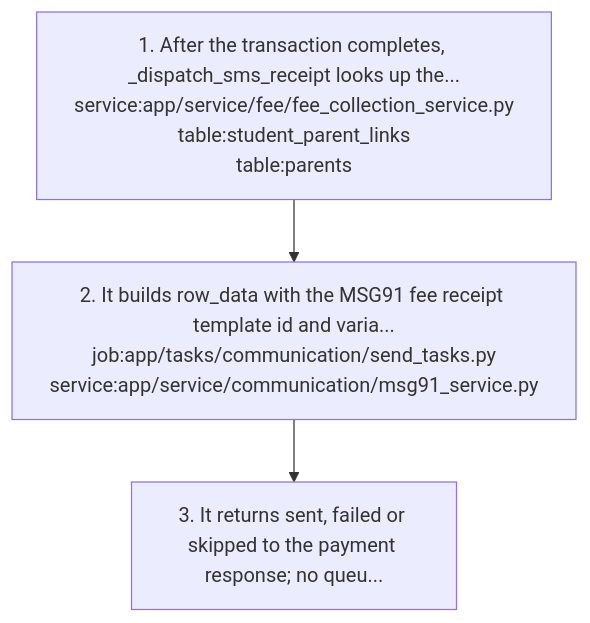
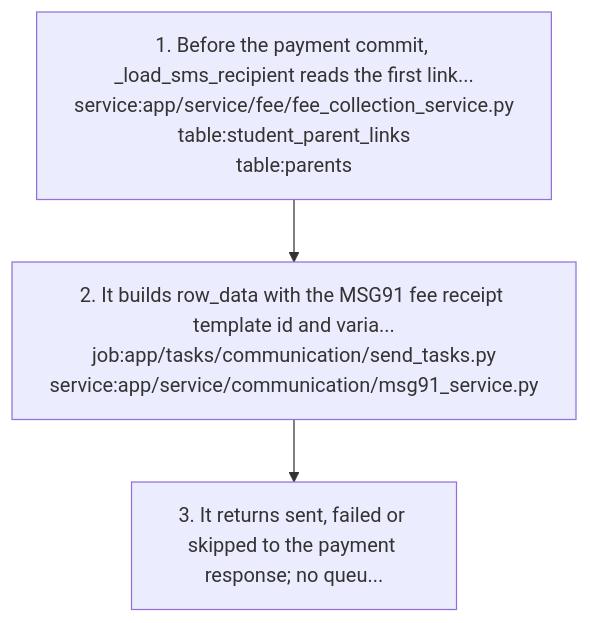
The third of 8 diagrams in docs/graph/views/communication.md (nerellasraj21/cos360_full_app), drawn with Mermaid before and after one commit. The commit also changed other lines of this file and 11 other files, not shown here.

First line of the commit message:
Fix payment SMS, concession/old-fee delete 500s and concession re-add

````diff
--- a/docs/graph/views/communication.md
+++ b/docs/graph/views/communication.md
@@ -247,8 +247,8 @@
 ```mermaid
 flowchart TD
-  s1["1. After the transaction completes, _dispatch_sms_receipt looks up the...<br/>service:app/service/fee/fee_collection_service.py<br/>table:student_parent_links<br/>table:parents"]
+  s1["1. Before the payment commit, _load_sms_recipient reads the first link...<br/>service:app/service/fee/fee_collection_service.py<br/>table:student_parent_links<br/>table:parents"]
   s2["2. It builds row_data with the MSG91 fee receipt template id and varia...<br/>job:app/tasks/communication/send_tasks.py<br/>service:app/service/communication/msg91_service.py"]
   s1 --> s2
   s3["3. It returns sent, failed or skipped to the payment response; no queu..."]
   s2 --> s3
 ```
````
